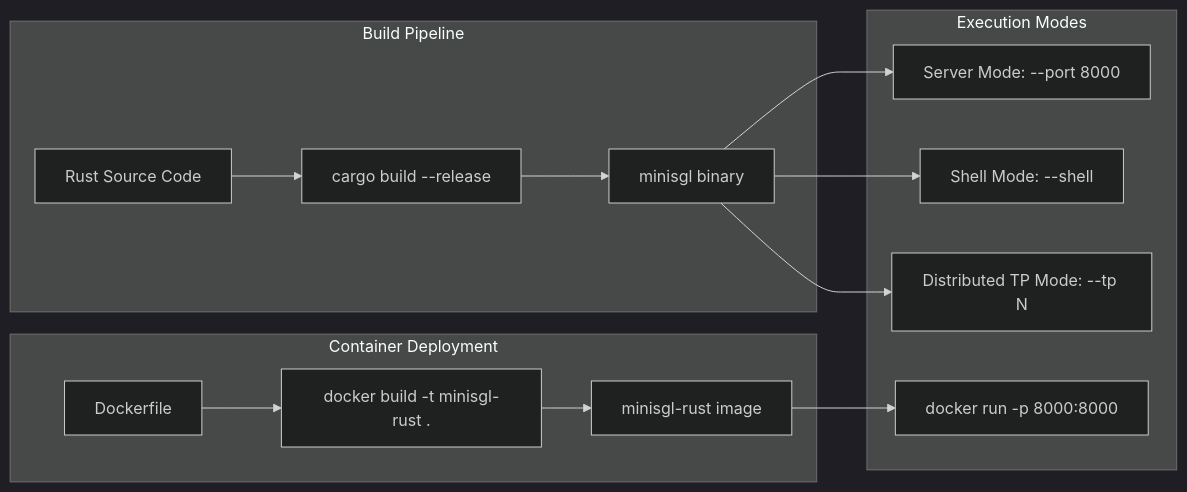
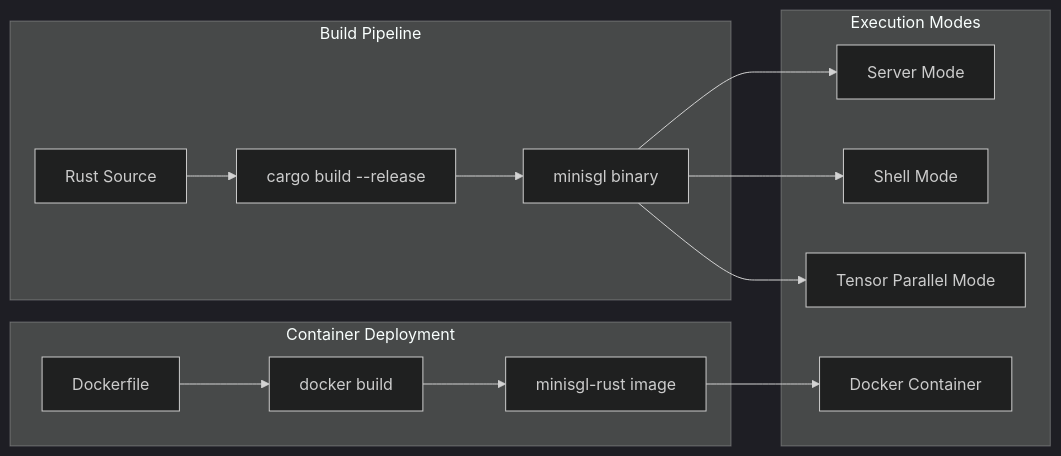
One commit to Ammar-Alnagar/mini-sglang-rs changed the third of 4 diagrams in README.md. Above: the diagram before and after it, drawn with Mermaid (dark theme). The commit also changed other lines of this file and 4 other files, not shown here.

First line of the commit message:
Update documentation and system diagrams (#4)

````diff
--- a/README.md
+++ b/README.md
@@ -138,19 +149,19 @@
 ```mermaid
 flowchart LR
     subgraph Build ["Build Pipeline"]
-        Source["Rust Source Code"] --> Cargo["cargo build --release"]
+        Source["Rust Source"] --> Cargo["cargo build --release"]
         Cargo --> Binary["minisgl binary"]
     end
 
     subgraph Docker ["Container Deployment"]
-        DockerFile["Dockerfile"] --> DockerBuild["docker build -t minisgl-rust ."]
+        DockerFile["Dockerfile"] --> DockerBuild["docker build"]
         DockerBuild --> Image["minisgl-rust image"]
     end
 
     subgraph Execution ["Execution Modes"]
-        Binary --> RunServer["Server Mode: --port 8000"]
-        Binary --> RunShell["Shell Mode: --shell"]
-        Binary --> RunTP["Distributed TP Mode: --tp N"]
-        Image --> RunContainer["docker run -p 8000:8000"]
+        Binary --> RunServer["Server Mode"]
+        Binary --> RunShell["Shell Mode"]
+        Binary --> RunTP["Tensor Parallel Mode"]
+        Image --> RunContainer["Docker Container"]
     end
 ```
````
